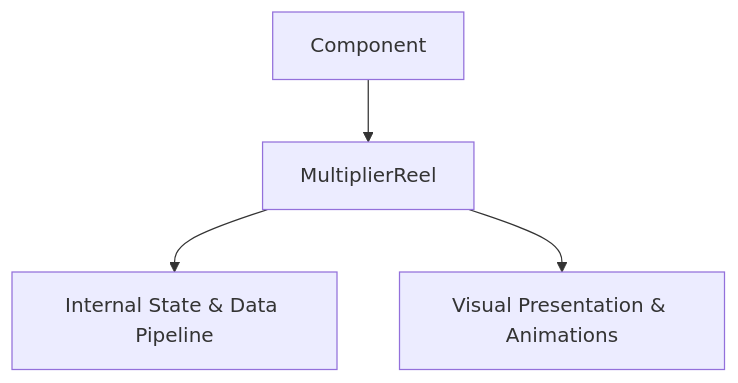
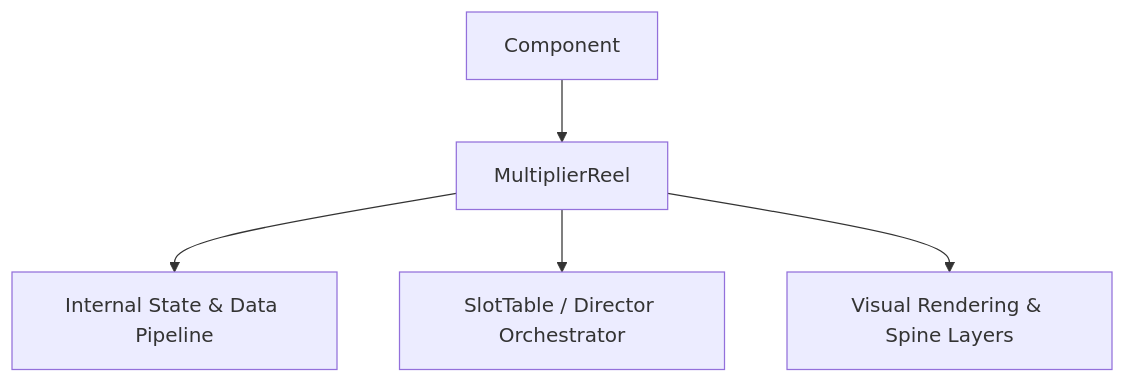
One commit to lam-ark/mcp-fwcc changed the diagram in docs/cc_slot_mechanics/modules/MultiplierReel/01_overview/01_architecture_and_role.md. Above: the diagram before and after it, drawn with Mermaid. The commit also changed other lines of this file and 2509 other files, not shown here.

````diff
--- a/docs/cc_slot_mechanics/modules/MultiplierReel/01_overview/01_architecture_and_role.md
+++ b/docs/cc_slot_mechanics/modules/MultiplierReel/01_overview/01_architecture_and_role.md
@@ -18,6 +24,7 @@
 ```mermaid
 graph TD
-    Parent[Component] --> Mod[MultiplierReel]
-    Mod --> State[Internal State & Data Pipeline]
-    Mod --> Render[Visual Presentation & Animations]
+    SuperClass[Component] --> TargetClass[MultiplierReel]
+    TargetClass --> DataPipeline[Internal State & Data Pipeline]
+    TargetClass --> Orchestrator[SlotTable / Director Orchestrator]
+    TargetClass --> ViewLayer[Visual Rendering & Spine Layers]
 ```
````
